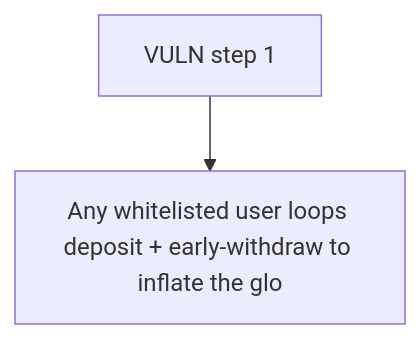
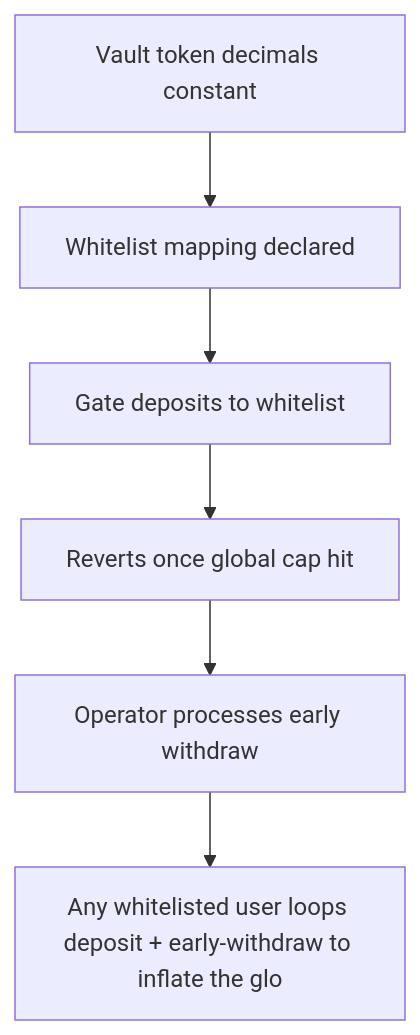
One commit to sanbir/evm-hack-registry changed the diagram in 63357-h-01-malicious-users-can-brick-vault-operations-by-exploitin_exp/63357-h-01-malicious-users-can-brick-vault-operations-by-exploitin_exp.md. Above: the diagram before and after it, drawn with Mermaid. The commit also changed other lines of this file and 79 other files, not shown here.

````diff
--- a/63357-h-01-malicious-users-can-brick-vault-operations-by-exploitin_exp/63357-h-01-malicious-users-can-brick-vault-operations-by-exploitin_exp.md
+++ b/63357-h-01-malicious-users-can-brick-vault-operations-by-exploitin_exp/63357-h-01-malicious-users-can-brick-vault-operations-by-exploitin_exp.md
@@ -28,6 +28,14 @@
 ```mermaid
 flowchart TD
-  S0["VULN step 1"]
+  S0["Vault token decimals constant"]
+  S1["Whitelist mapping declared"]
+  S2["Gate deposits to whitelist"]
+  S3["Reverts once global cap hit"]
+  S4["Operator processes early withdraw"]
   H["Any whitelisted user loops deposit + early-withdraw to inflate the glo"]
-  S0 --> H
+  S0 --> S1
+  S1 --> S2
+  S2 --> S3
+  S3 --> S4
+  S4 --> H
 ```
````
